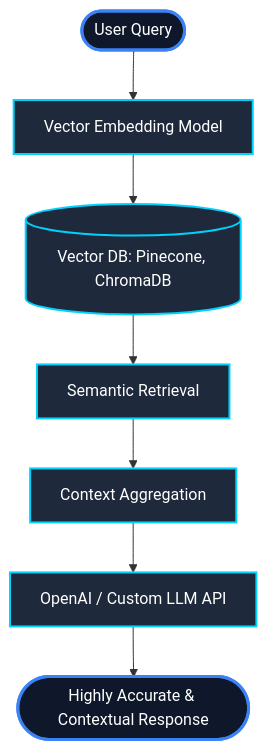
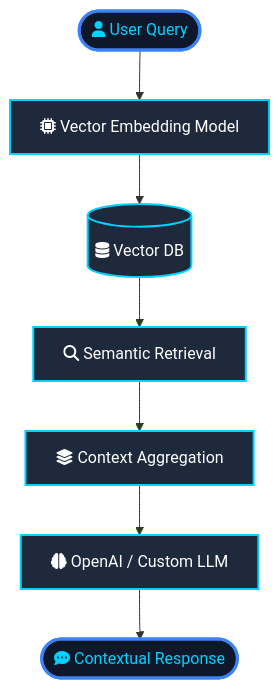
The diagram in README.md (akkhan312/akkhan312), drawn with Mermaid before and after one commit. The commit also changed other lines of this file, not shown here.

````diff
--- a/README.md
+++ b/README.md
@@ -45,13 +45,13 @@
 ```mermaid
 graph TD
-    User([User Query]) --> Embedding[Vector Embedding Model]
-    Embedding --> VectorDB[(Vector DB: Pinecone, ChromaDB)]
-    VectorDB --> Retrieval[Semantic Retrieval]
-    Retrieval --> Context[Context Aggregation]
-    Context --> LLM[OpenAI / Custom LLM API]
-    LLM --> Response([Highly Accurate & Contextual Response])
+    User([fa:fa-user User Query]) --> Embedding[fa:fa-microchip Vector Embedding Model]
+    Embedding --> VectorDB[(fa:fa-database Vector DB)]
+    VectorDB --> Retrieval[fa:fa-search Semantic Retrieval]
+    Retrieval --> Context[fa:fa-layer-group Context Aggregation]
+    Context --> LLM[fa:fa-brain OpenAI / Custom LLM]
+    LLM --> Response([fa:fa-comment-dots Contextual Response])
 
     classDef default fill:#1e293b,stroke:#00D2FF,stroke-width:2px,color:#fff;
-    classDef highlight fill:#0f172a,stroke:#3b82f6,stroke-width:3px,color:#fff;
+    classDef highlight fill:#0f172a,stroke:#3b82f6,stroke-width:3px,color:#00D2FF;
     class User,Response highlight;
 ```
````
